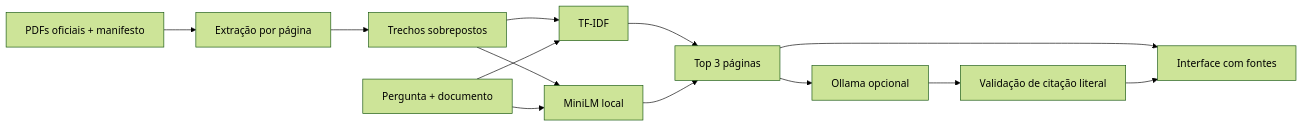
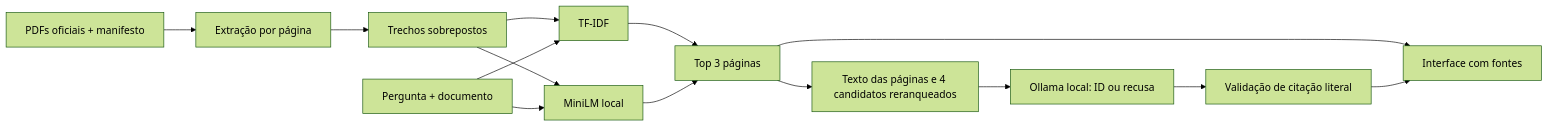
The diagram in README.md (ProgrammerGV/edital-inteligente), drawn with Mermaid (forest theme) before and after one commit. The commit also changed other lines of this file and 30 other files, not shown here.

````diff
--- a/README.md
+++ b/README.md
@@ -61,15 +78,16 @@
 ```mermaid
 flowchart LR
     A[PDFs oficiais + manifesto] --> B[Extração por página]
     B --> C[Trechos sobrepostos]
     C --> D[TF-IDF]
     C --> E[MiniLM local]
     Q[Pergunta + documento] --> D
     Q --> E
     D --> F[Top 3 páginas]
     E --> F
     F --> G[Interface com fontes]
-    F --> H[Ollama opcional]
+    F --> J[Texto das páginas e 4 candidatos reranqueados]
+    J --> H[Ollama local: ID ou recusa]
     H --> I[Validação de citação literal]
     I --> G
 ```
````
